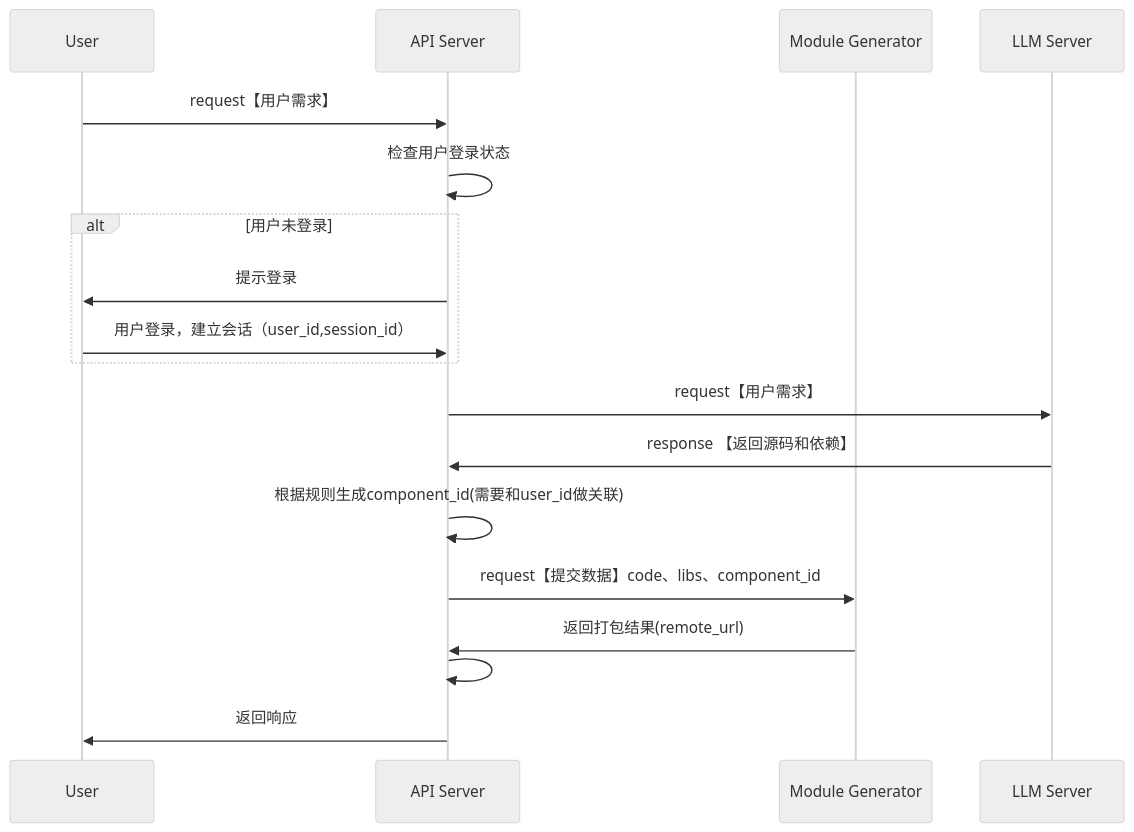
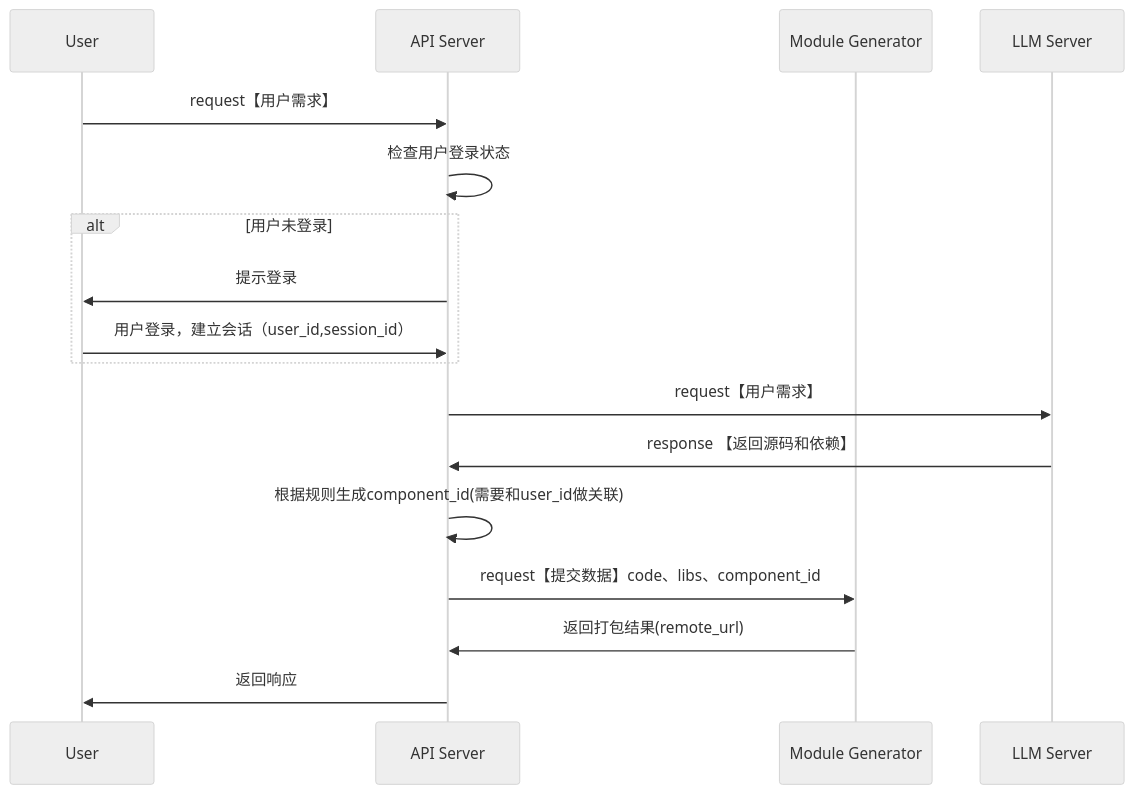
Before and after one commit to yingjianzh/iodraw-files: the diagram in all/未命名-7.md, drawn with Mermaid (neutral theme).

Commit message:
2024-10-08 16:03:31 update

````diff
--- a/all/未命名-7.md
+++ b/all/未命名-7.md
@@ -1,23 +1,24 @@
 ```mermaid
 sequenceDiagram
     participant User
     participant API Server
     participant Module Generator
     participant LLM Server
 
     User->>API Server: request【用户需求】
     API Server->>API Server: 检查用户登录状态
     alt 用户未登录
         API Server->>User: 提示登录
         User->>API Server: 用户登录，建立会话（user_id,session_id）
     end
 
     API Server->>LLM Server: request【用户需求】
     LLM Server->>API Server: response 【返回源码和依赖】
     API Server->>API Server: 根据规则生成component_id(需要和user_id做关联)
     API Server->>Module Generator: request【提交数据】code、libs、component_id
     Module Generator->>API Server: 返回打包结果(remote_url)
-API Server->>API Server:
+    
+
     API Server->>User: 返回响应
 
 ```
````
